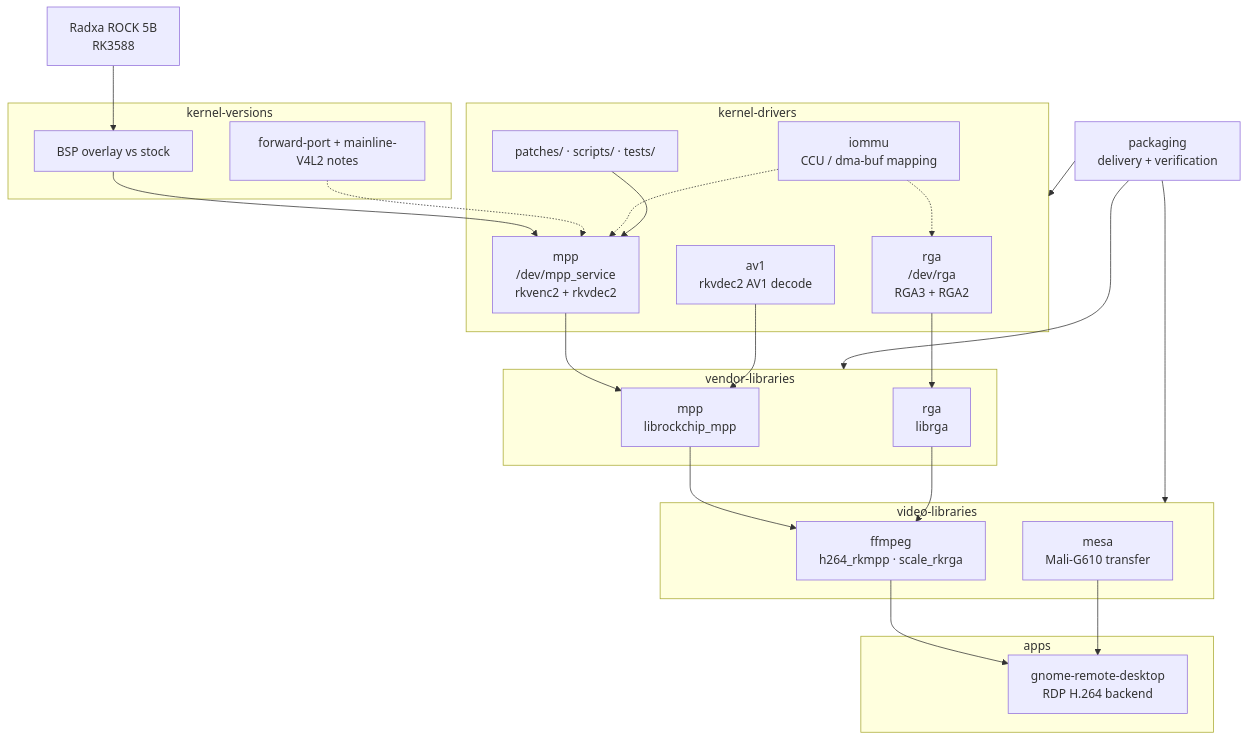
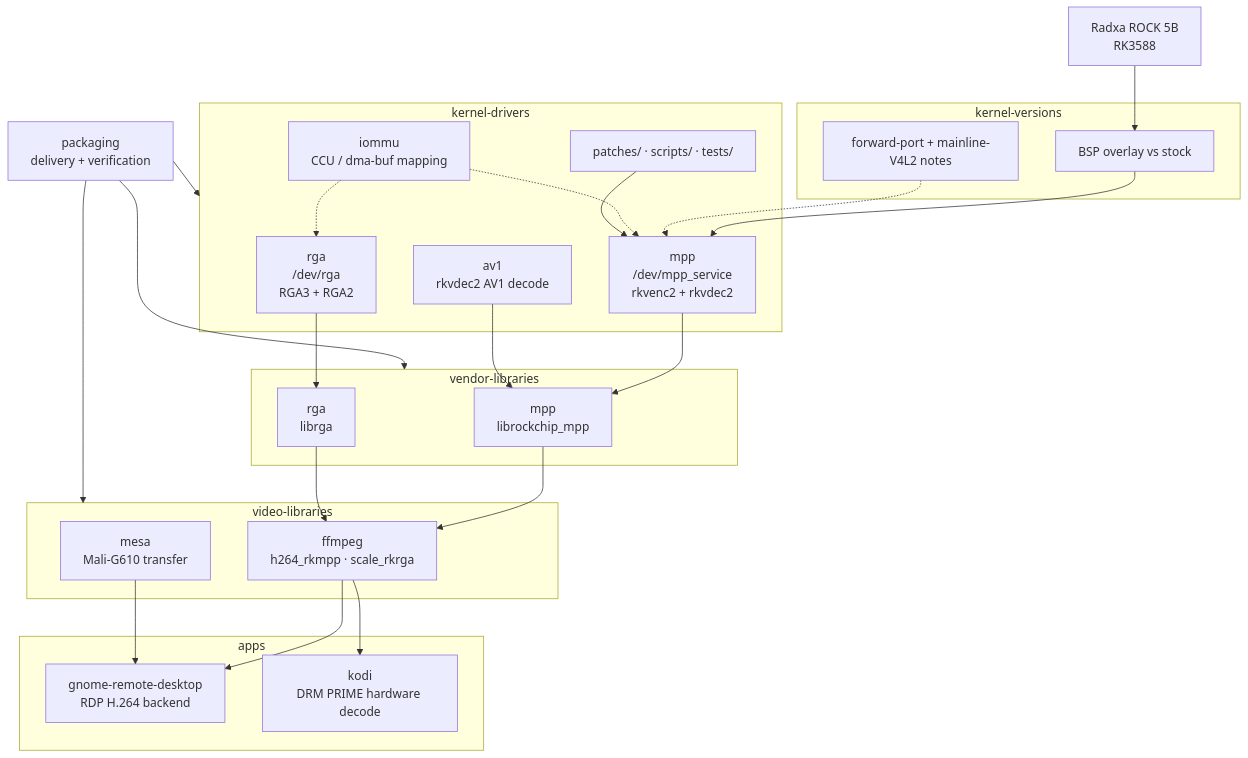
Before and after one commit to yisding/rock-5b-ysp: the diagram in docs/work-packages.md, drawn with Mermaid. The commit also changed other lines of this file and 22 other files, not shown here.

````diff
--- a/docs/work-packages.md
+++ b/docs/work-packages.md
@@ -23,47 +23,49 @@
 ```mermaid
 flowchart TB
   board["Radxa ROCK 5B<br/>RK3588"]
 
   subgraph kver["kernel-versions"]
     bsp["BSP overlay vs stock"]
     fport["forward-port + mainline-V4L2 notes"]
   end
 
   subgraph kernel["kernel-drivers"]
     mpp["mpp<br/>/dev/mpp_service<br/>rkvenc2 + rkvdec2"]
     rga["rga<br/>/dev/rga<br/>RGA3 + RGA2"]
     av1["av1<br/>rkvdec2 AV1 decode"]
     iommu["iommu<br/>CCU / dma-buf mapping"]
     kart["patches/ · scripts/ · tests/"]
   end
 
   subgraph libs["vendor-libraries"]
     libmpp["mpp<br/>librockchip_mpp"]
     librga["rga<br/>librga"]
   end
 
   subgraph video["video-libraries"]
     ffmpeg["ffmpeg<br/>h264_rkmpp · scale_rkrga"]
     mesa["mesa<br/>Mali-G610 transfer"]
   end
 
   subgraph apps["apps"]
     grd["gnome-remote-desktop<br/>RDP H.264 backend"]
+    kodi["kodi<br/>DRM PRIME hardware decode"]
   end
 
   packaging["packaging<br/>delivery + verification"]
 
   board --> bsp
   bsp --> mpp
   fport -.-> mpp
   mpp --> libmpp --> ffmpeg --> grd
+  ffmpeg --> kodi
   rga --> librga --> ffmpeg
   av1 --> libmpp
   iommu -.-> mpp
   iommu -.-> rga
   mesa --> grd
   packaging --> kernel
   packaging --> libs
   packaging --> video
   kart --> mpp
 ```
````
